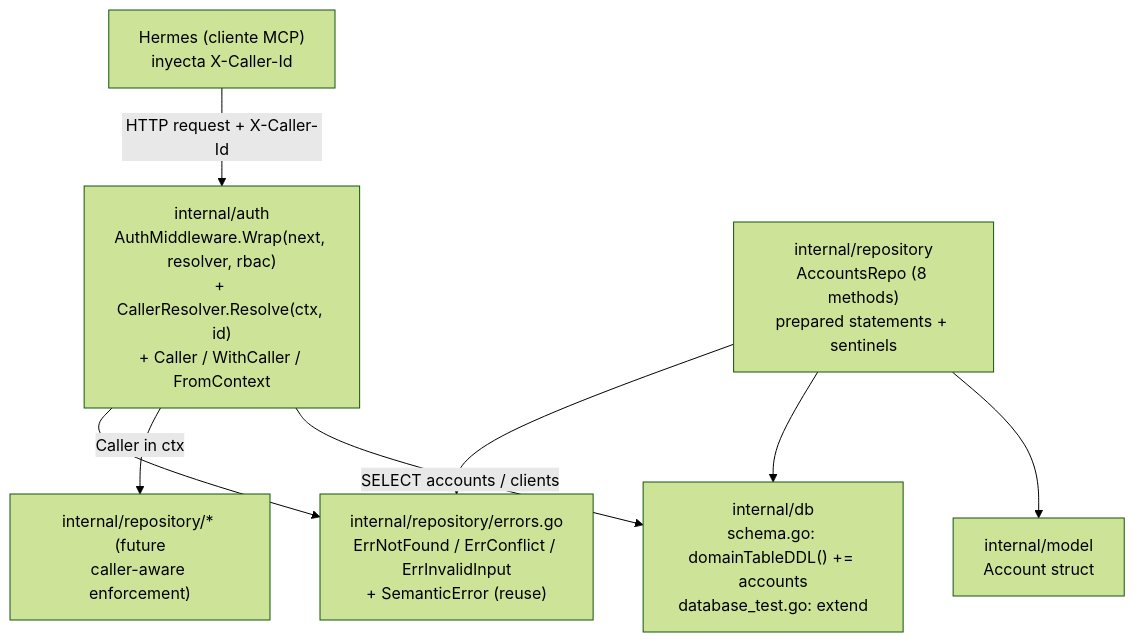
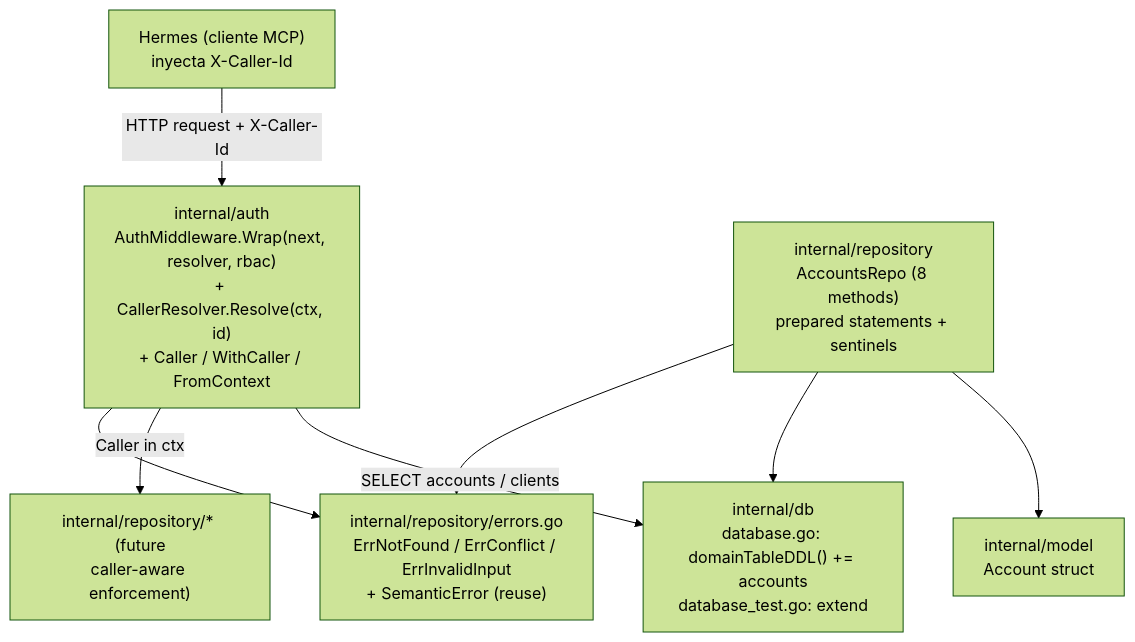
Before and after one commit to egkike/mcp-appointments-crm: the first of 2 diagrams in openspec/changes/feat-authorization/design.md, drawn with Mermaid (forest theme). The commit also changed other lines of this file and 5 other files, not shown here.

````diff
--- a/openspec/changes/feat-authorization/design.md
+++ b/openspec/changes/feat-authorization/design.md
@@ -15,17 +15,17 @@
 ```mermaid
 flowchart TD
     hermes["Hermes (cliente MCP)<br/>inyecta X-Caller-Id"]
     mw["internal/auth<br/>AuthMiddleware.Wrap(next, resolver, rbac)<br/>+ CallerResolver.Resolve(ctx, id)<br/>+ Caller / WithCaller / FromContext"]
     repo_acc["internal/repository<br/>AccountsRepo (8 methods)<br/>prepared statements + sentinels"]
     model["internal/model<br/>Account struct"]
-    db["internal/db<br/>schema.go: domainTableDDL() += accounts<br/>database_test.go: extend"]
+    db["internal/db<br/>database.go: domainTableDDL() += accounts<br/>database_test.go: extend"]
     errors["internal/repository/errors.go<br/>ErrNotFound / ErrConflict / ErrInvalidInput<br/>+ SemanticError (reuse)"]
 
     hermes -->|HTTP request + X-Caller-Id| mw
     mw -->|SELECT accounts / clients| db
     mw -->|Caller in ctx| repoDownstream["internal/repository/* (future<br/>caller-aware enforcement)"]
     repo_acc --> model
     repo_acc --> db
     repo_acc --> errors
     mw --> errors
 ```
````
